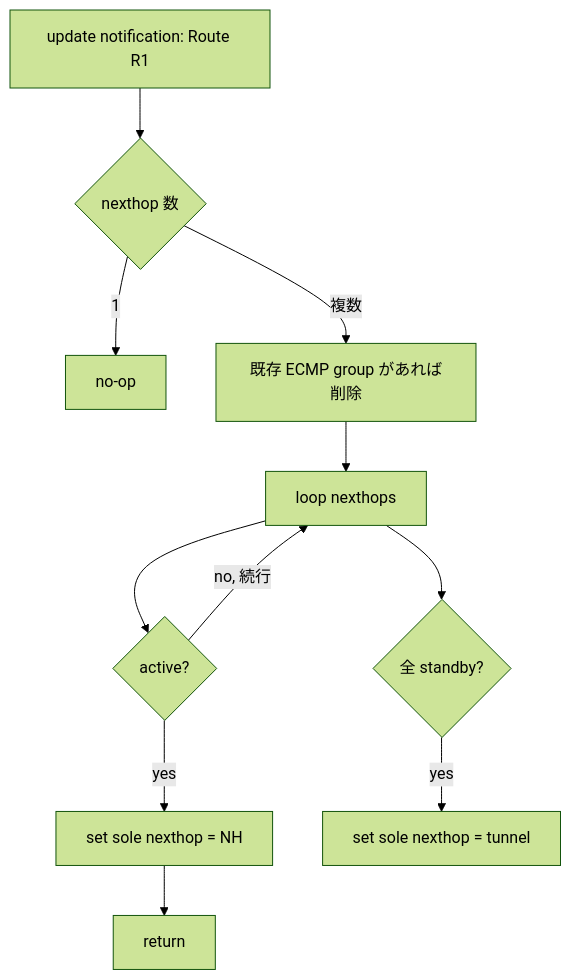
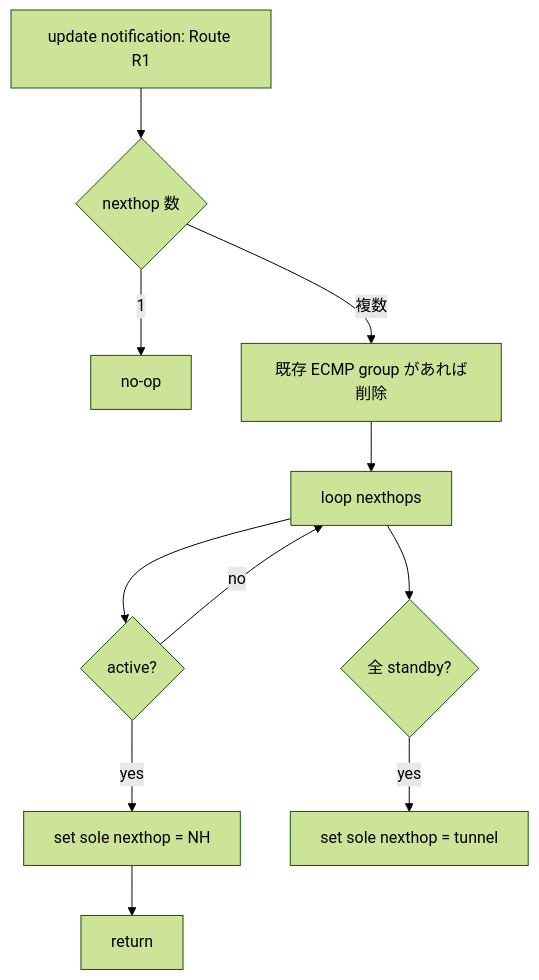
The first of 2 diagrams in docs/routing/multiple-nexthop-route-hld.md (aoki-taquan/sonic-unofficial-docs), drawn with Mermaid (forest theme) before and after one commit. The commit also changed other lines of this file and 5 other files, not shown here.

````diff
--- a/docs/routing/multiple-nexthop-route-hld.md
+++ b/docs/routing/multiple-nexthop-route-hld.md
@@ -80,13 +65,13 @@
 ```mermaid
 flowchart TD
     R[update notification: Route R1] --> N{nexthop 数}
     N -->|1| NOP[no-op]
     N -->|複数| EC[既存 ECMP group があれば削除]
     EC --> L[loop nexthops]
     L --> A{active?}
     A -->|yes| S1[set sole nexthop = NH]
     S1 --> X[return]
-    A -->|no, 続行| L
+    A -->|no| L
     L --> AE{全 standby?}
     AE -->|yes| TN[set sole nexthop = tunnel]
 ```
````
